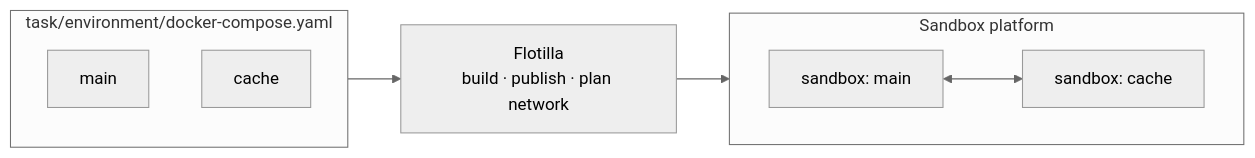
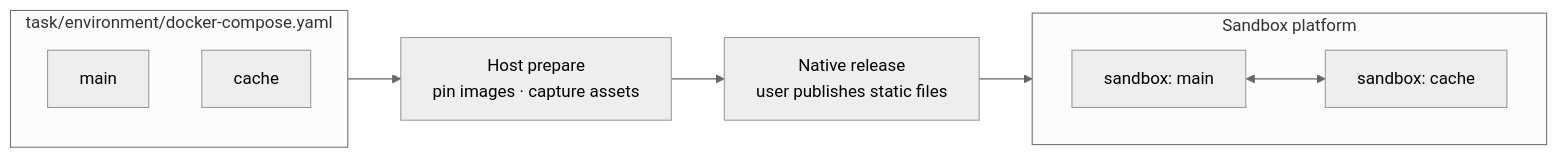
Before and after one commit to matrix72c/flotilla: the diagram in README.md, drawn with Mermaid (neutral theme). The commit also changed other lines of this file and 68 other files, not shown here.

Commit message:
feat: publish portable native task releases and consume-only runtimes

````diff
--- a/README.md
+++ b/README.md
@@ -13,13 +13,14 @@
 ```mermaid
 flowchart LR
     subgraph task["task/environment/docker-compose.yaml"]
         m[main]
         c[cache]
     end
-    task --> F["Flotilla<br/>build · publish · plan network"]
-    F --> P
+    task --> F["Host prepare<br/>pin images · capture assets"]
+    F --> R["Native release<br/>user publishes static files"]
+    R --> P
     subgraph P["Sandbox platform"]
         direction LR
         sm["sandbox: main"] <--> sc["sandbox: cache"]
     end
 ```
````
